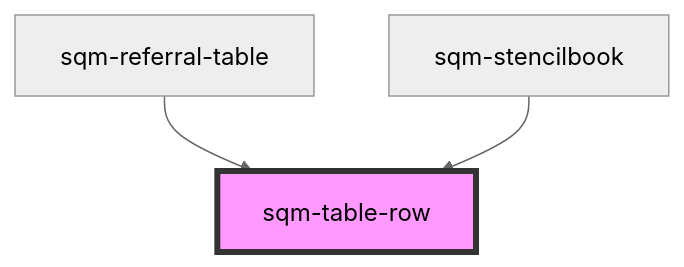
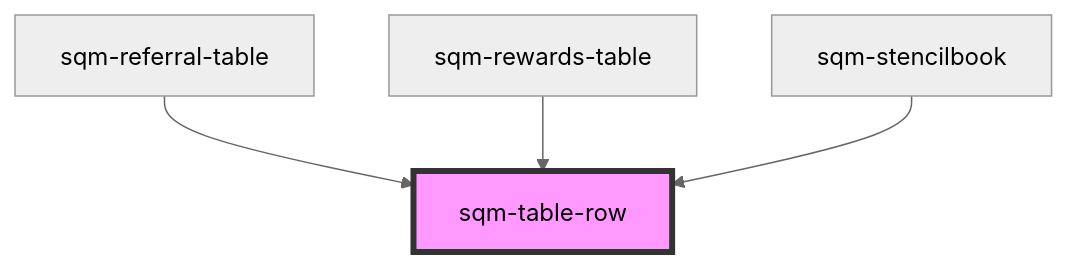
One commit to saasquatch/program-tools changed the diagram in packages/mint-components/src/tables/readme.md. Above: the diagram before and after it, drawn with Mermaid (neutral theme). The commit also changed other lines of this file and 3 other files, not shown here.

````diff
--- a/packages/mint-components/src/tables/readme.md
+++ b/packages/mint-components/src/tables/readme.md
@@ -23,6 +24,7 @@
 ```mermaid
 graph TD;
   sqm-referral-table --> sqm-table-row
+  sqm-rewards-table --> sqm-table-row
   sqm-stencilbook --> sqm-table-row
   style sqm-table-row fill:#f9f,stroke:#333,stroke-width:4px
 ```
````
